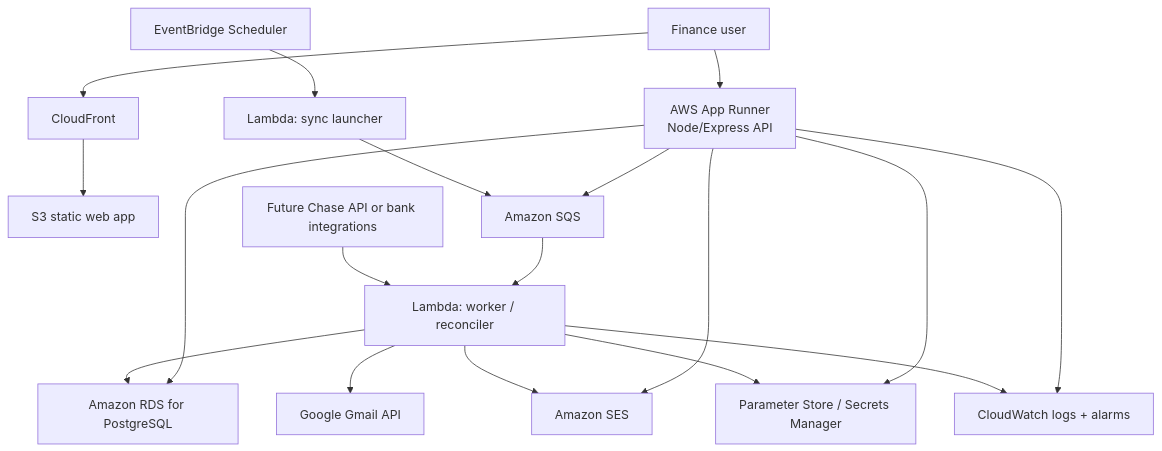
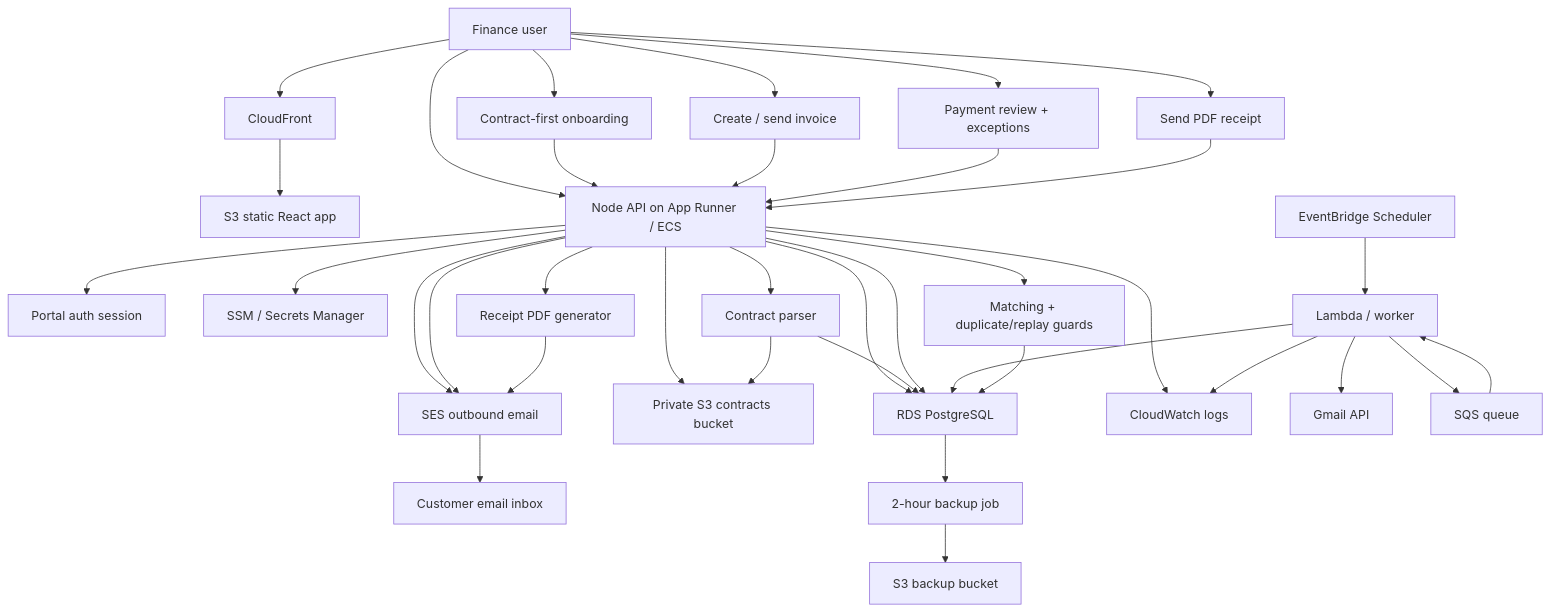
Before and after one commit to dlk710/setu-finance: the first of 3 diagrams in docs/aws-solution-architecture.md, drawn with Mermaid. The commit also changed other lines of this file and 6 other files, not shown here.

Commit message:
Expand product requirements and architecture docs

````diff
--- a/docs/aws-solution-architecture.md
+++ b/docs/aws-solution-architecture.md
@@ -28,24 +50,44 @@
 ```mermaid
 flowchart TD
     U["Finance user"] --> CF["CloudFront"]
-    CF --> S3["S3 static web app"]
-    U --> AR["AWS App Runner<br/>Node/Express API"]
+    CF --> S3Web["S3 static React app"]
+    U --> API["Node API on App Runner / ECS"]
+    API --> Auth["Portal auth session"]
+    API --> RDS["RDS PostgreSQL"]
+    API --> S3Contracts["Private S3 contracts bucket"]
+    API --> SES["SES outbound email"]
+    API --> Secrets["SSM / Secrets Manager"]
+    API --> CW["CloudWatch logs"]
 
-    AR --> RDS["Amazon RDS for PostgreSQL"]
-    AR --> SQS["Amazon SQS"]
-    AR --> SES["Amazon SES"]
-    AR --> CFG["Parameter Store / Secrets Manager"]
-    AR --> CW["CloudWatch logs + alarms"]
+    U --> Onboard["Contract-first onboarding"]
+    Onboard --> API
+    API --> Parser["Contract parser"]
+    Parser --> S3Contracts
+    Parser --> RDS
 
-    SCH["EventBridge Scheduler"] --> L1["Lambda: sync launcher"]
-    L1 --> SQS
+    U --> Invoice["Create / send invoice"]
+    Invoice --> API
+    API --> SES
+    API --> RDS
 
-    SQS --> L2["Lambda: worker / reconciler"]
-    L2 --> RDS
-    L2 --> Gmail["Google Gmail API"]
-    L2 --> SES
-    L2 --> CFG
-    L2 --> CW
+    Schedule["EventBridge Scheduler"] --> Worker["Lambda / worker"]
+    Worker --> Gmail["Gmail API"]
+    Worker --> SQS["SQS queue"]
+    SQS --> Worker
+    Worker --> RDS
+    Worker --> CW
 
-    Chase["Future Chase API or bank integrations"] --> L2
+    U --> Review["Payment review + exceptions"]
+    Review --> API
+    API --> Match["Matching + duplicate/replay guards"]
+    Match --> RDS
+
+    U --> Receipt["Send PDF receipt"]
+    Receipt --> API
+    API --> Pdf["Receipt PDF generator"]
+    Pdf --> SES
+    SES --> Customer["Customer email inbox"]
+
+    Backup["2-hour backup job"] --> BackupS3["S3 backup bucket"]
+    RDS --> Backup
 ```
````
